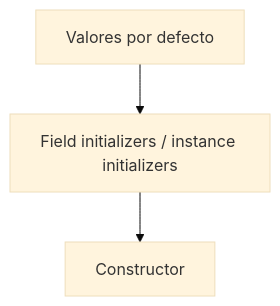
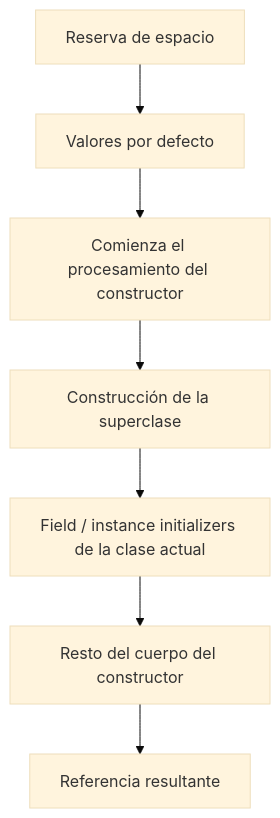
Before and after one commit to apuntesdejava/java21-a-fondo: the second of 3 diagrams in building-blocks/03-objects-references-construction/cheat-sheet/cheat-sheet.md, drawn with Mermaid (base theme). The commit also changed other lines of this file and 4 other files, not shown here.

````diff
--- a/building-blocks/03-objects-references-construction/cheat-sheet/cheat-sheet.md
+++ b/building-blocks/03-objects-references-construction/cheat-sheet/cheat-sheet.md
@@ -191,5 +193,9 @@
 ```mermaid
 flowchart TD
-    A["Valores por defecto"] --> B["Field initializers / instance initializers"]
-    B --> C["Constructor"]
+    A["Reserva de espacio"] --> B["Valores por defecto"]
+    B --> C["Comienza el procesamiento del constructor"]
+    C --> D["Construcción de la superclase"]
+    D --> E["Field / instance initializers de la clase actual"]
+    E --> F["Resto del cuerpo del constructor"]
+    F --> G["Referencia resultante"]
 ```
````
